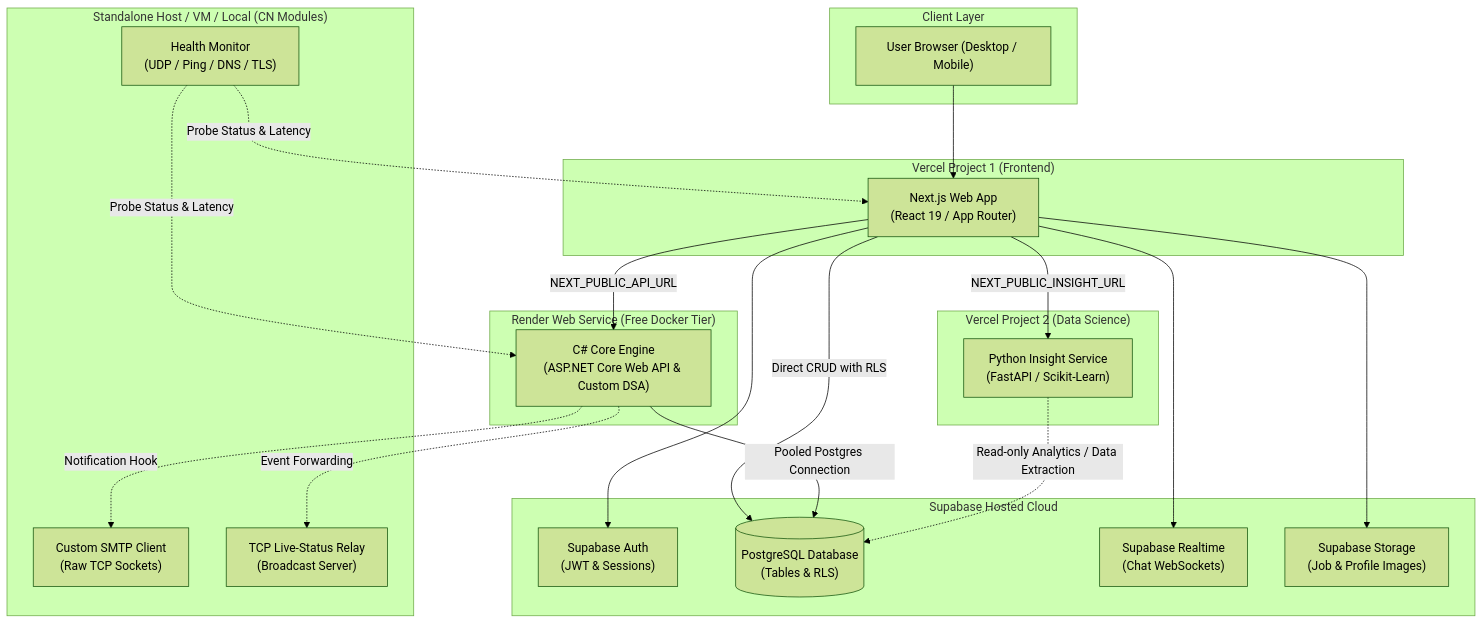
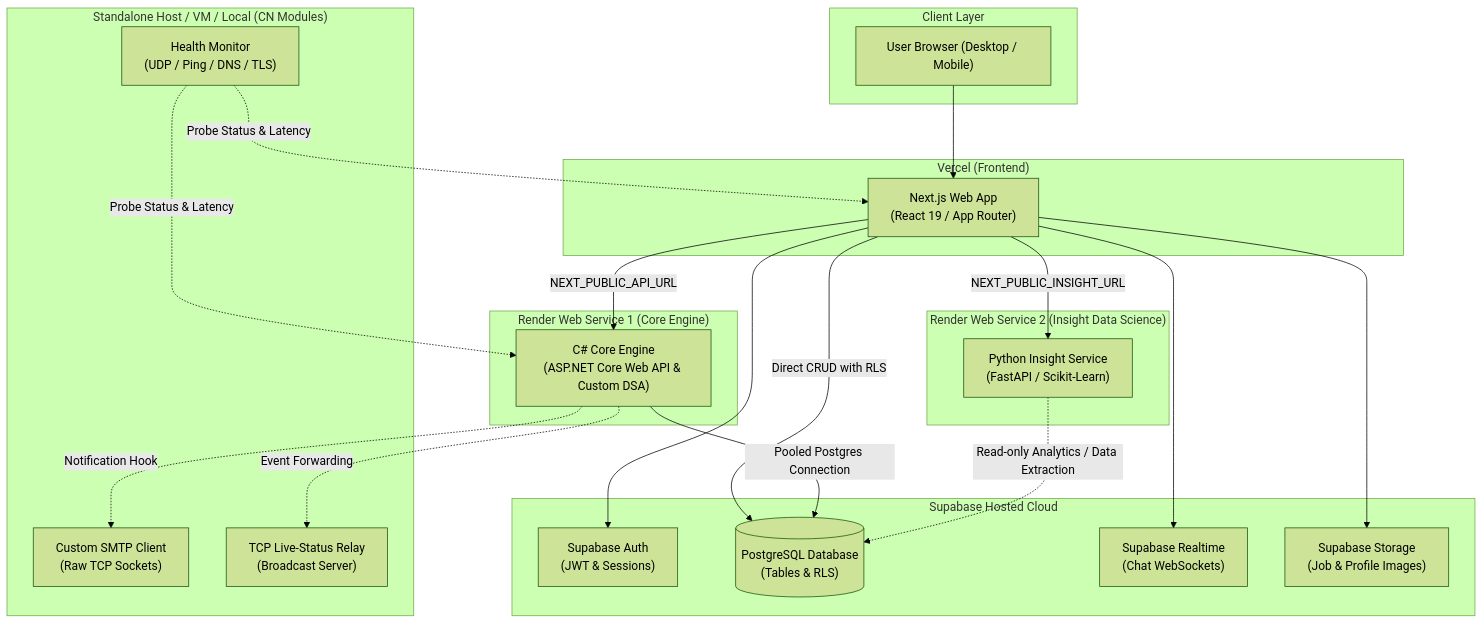
Before and after one commit to dsimsaad/prolink: the diagram in README.md, drawn with Mermaid (forest theme). The commit also changed other lines of this file and 4 other files, not shown here.

````diff
--- a/README.md
+++ b/README.md
@@ -84,52 +84,52 @@
 ```mermaid
 flowchart TD
     subgraph Clients["Client Layer"]
         Browser["User Browser (Desktop / Mobile)"]
     end
 
-    subgraph VercelWeb["Vercel Project 1 (Frontend)"]
+    subgraph VercelWeb["Vercel (Frontend)"]
         NextJS["Next.js Web App\n(React 19 / App Router)"]
     end
 
     subgraph SupabaseCloud["Supabase Hosted Cloud"]
         SupaAuth["Supabase Auth\n(JWT & Sessions)"]
         SupaDB[("PostgreSQL Database\n(Tables & RLS)")]
         SupaRealtime["Supabase Realtime\n(Chat WebSockets)"]
         SupaStorage["Supabase Storage\n(Job & Profile Images)"]
     end
 
-    subgraph RenderAPI["Render Web Service (Free Docker Tier)"]
+    subgraph RenderAPI["Render Web Service 1 (Core Engine)"]
         CSharpAPI["C# Core Engine\n(ASP.NET Core Web API & Custom DSA)"]
     end
 
-    subgraph VercelInsight["Vercel Project 2 (Data Science)"]
+    subgraph RenderInsight["Render Web Service 2 (Insight Data Science)"]
         PythonAPI["Python Insight Service\n(FastAPI / Scikit-Learn)"]
     end
 
     subgraph StandaloneNetwork["Standalone Host / VM / Local (CN Modules)"]
         SMTPClient["Custom SMTP Client\n(Raw TCP Sockets)"]
         HealthMon["Health Monitor\n(UDP / Ping / DNS / TLS)"]
         TCPRelay["TCP Live-Status Relay\n(Broadcast Server)"]
     end
 
     %% Client communication
     Browser --> NextJS
 
     %% Next.js direct communications
     NextJS --> SupaAuth
     NextJS --> SupaRealtime
     NextJS --> SupaStorage
     NextJS -->|Direct CRUD with RLS| SupaDB
     NextJS -->|NEXT_PUBLIC_API_URL| CSharpAPI
     NextJS -->|NEXT_PUBLIC_INSIGHT_URL| PythonAPI
 
     %% Backend database access
     CSharpAPI -->|Pooled Postgres Connection| SupaDB
     PythonAPI -.->|Read-only Analytics / Data Extraction| SupaDB
 
     %% Beside-product CN communications
     CSharpAPI -.->|Notification Hook| SMTPClient
     HealthMon -.->|Probe Status & Latency| CSharpAPI
     HealthMon -.->|Probe Status & Latency| NextJS
     CSharpAPI -.->|Event Forwarding| TCPRelay
 ```
````
